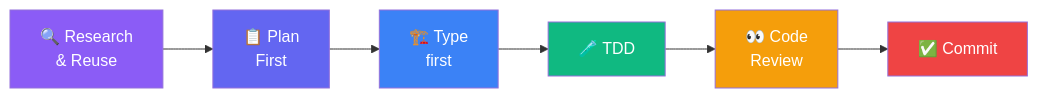
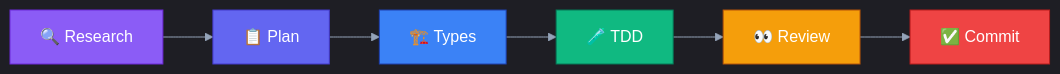
One commit to MartinOfi/ambulante changed the second of 2 diagrams in README.md. Above: the diagram before and after it, drawn with Mermaid. The commit also changed other lines of this file, not shown here.

````diff
--- a/README.md
+++ b/README.md
@@ -218,15 +321,16 @@
 ```mermaid
+%%{init: {'theme':'dark', 'themeVariables': {'lineColor':'#94a3b8'}}}%%
 flowchart LR
-    A[🔍 Research<br/>& Reuse] --> B[📋 Plan<br/>First]
-    B --> C[🏗️ Type<br/>first]
-    C --> D[🧪 TDD]
-    D --> E[👀 Code<br/>Review]
-    E --> F[✅ Commit]
+    A[🔍 Research]:::research --> B[📋 Plan]:::plan
+    B --> C[🏗️ Types]:::types
+    C --> D[🧪 TDD]:::tdd
+    D --> E[👀 Review]:::review
+    E --> F[✅ Commit]:::commit
 
-    style A fill:#8B5CF6,color:#fff
-    style B fill:#6366F1,color:#fff
-    style C fill:#3B82F6,color:#fff
-    style D fill:#10B981,color:#fff
-    style E fill:#F59E0B,color:#fff
-    style F fill:#EF4444,color:#fff
+    classDef research fill:#8B5CF6,color:#fff,stroke:#6d28d9
+    classDef plan fill:#6366F1,color:#fff,stroke:#4338ca
+    classDef types fill:#3B82F6,color:#fff,stroke:#1e40af
+    classDef tdd fill:#10B981,color:#fff,stroke:#047857
+    classDef review fill:#F59E0B,color:#fff,stroke:#b45309
+    classDef commit fill:#EF4444,color:#fff,stroke:#b91c1c
 ```
````
